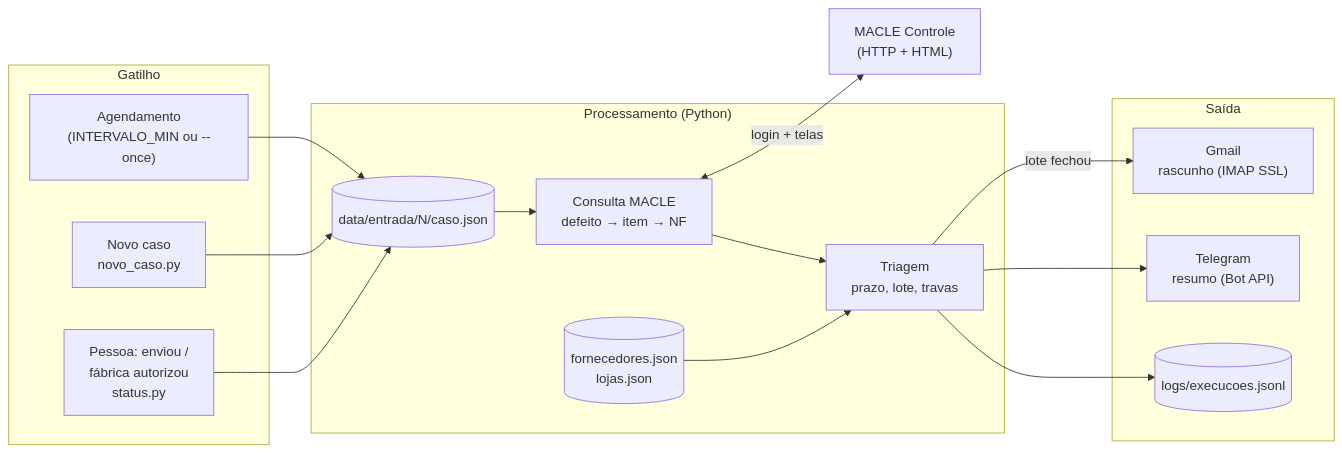
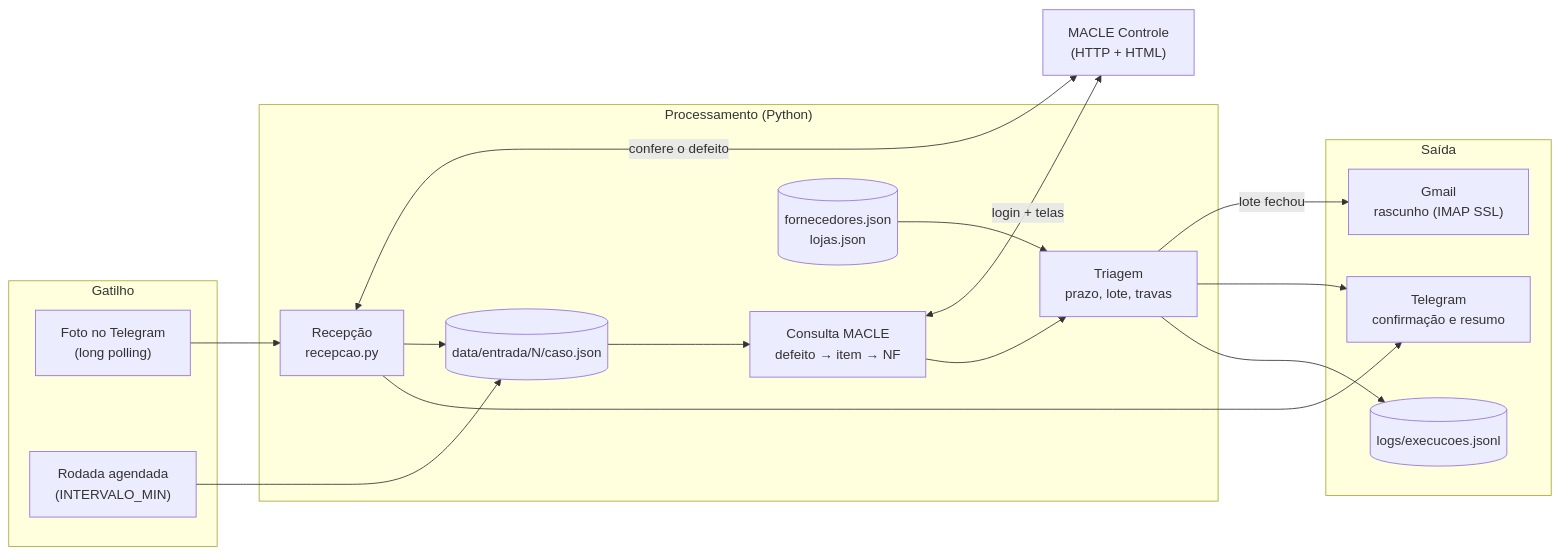
Before and after one commit to angelofonseca/automacao-devolucoes-macle: the first of 2 diagrams in README.md, drawn with Mermaid. The commit also changed other lines of this file and 14 other files, not shown here.

````diff
--- a/README.md
+++ b/README.md
@@ -41,29 +166,31 @@
 ```mermaid
 flowchart LR
     subgraph G["Gatilho"]
-        T["Agendamento<br/>(INTERVALO_MIN ou --once)"]
-        N["Novo caso<br/>novo_caso.py"]
-        H["Pessoa: enviou /<br/>fábrica autorizou<br/>status.py"]
+        R["Foto no Telegram<br/>(long polling)"]
+        T["Rodada agendada<br/>(INTERVALO_MIN)"]
     end
     subgraph P["Processamento (Python)"]
+        RE["Recepção<br/>recepcao.py"]
         C[("data/entrada/N/caso.json")]
         CO["Consulta MACLE<br/>defeito → item → NF"]
         TR["Triagem<br/>prazo, lote, travas"]
         F[("fornecedores.json<br/>lojas.json")]
     end
     subgraph S["Saída"]
         GM["Gmail<br/>rascunho (IMAP SSL)"]
-        TG["Telegram<br/>resumo (Bot API)"]
+        TG["Telegram<br/>confirmação e resumo"]
         L[("logs/execucoes.jsonl")]
     end
     M["MACLE Controle<br/>(HTTP + HTML)"]
-    N --> C
-    H --> C
+    R --> RE
+    RE <-->|"confere o defeito"| M
+    RE --> C
+    RE --> TG
     T --> C
     C --> CO <-->|"login + telas"| M
     CO --> TR
     F --> TR
     TR -->|"lote fechou"| GM
     TR --> TG
     TR --> L
 ```
````
